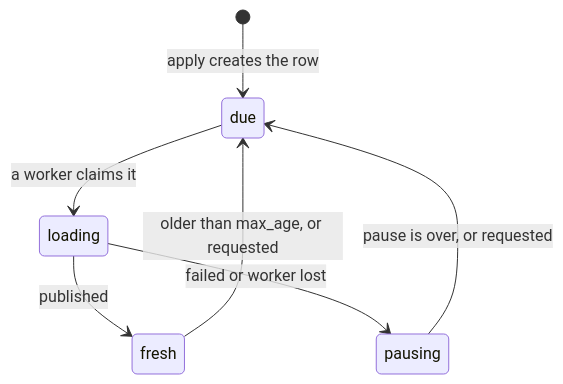
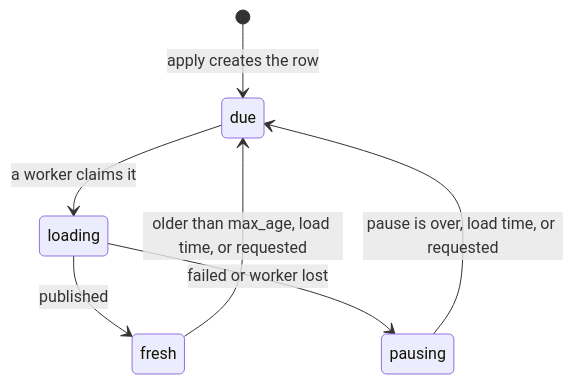
The fourth of 5 diagrams in README.md (romanhaendler/rowvioli), drawn with Mermaid before and after one commit. The commit also changed other lines of this file and 3 other files, not shown here.

````diff
--- a/README.md
+++ b/README.md
@@ -401,9 +410,9 @@
 ```mermaid
 stateDiagram-v2
     [*] --> due: apply creates the row
     due --> loading: a worker claims it
     loading --> fresh: published
     loading --> pausing: failed or worker lost
-    fresh --> due: older than max_age, or requested
-    pausing --> due: pause is over, or requested
+    fresh --> due: older than max_age, load time, or requested
+    pausing --> due: pause is over, load time, or requested
 ```
````
